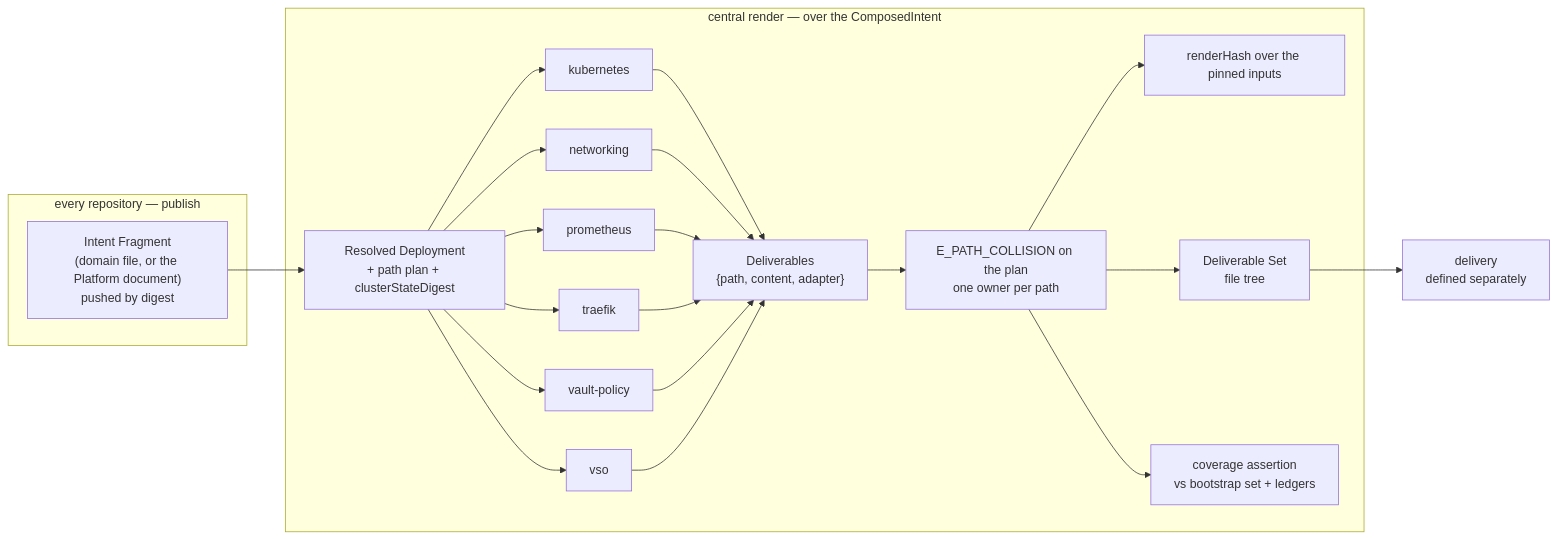
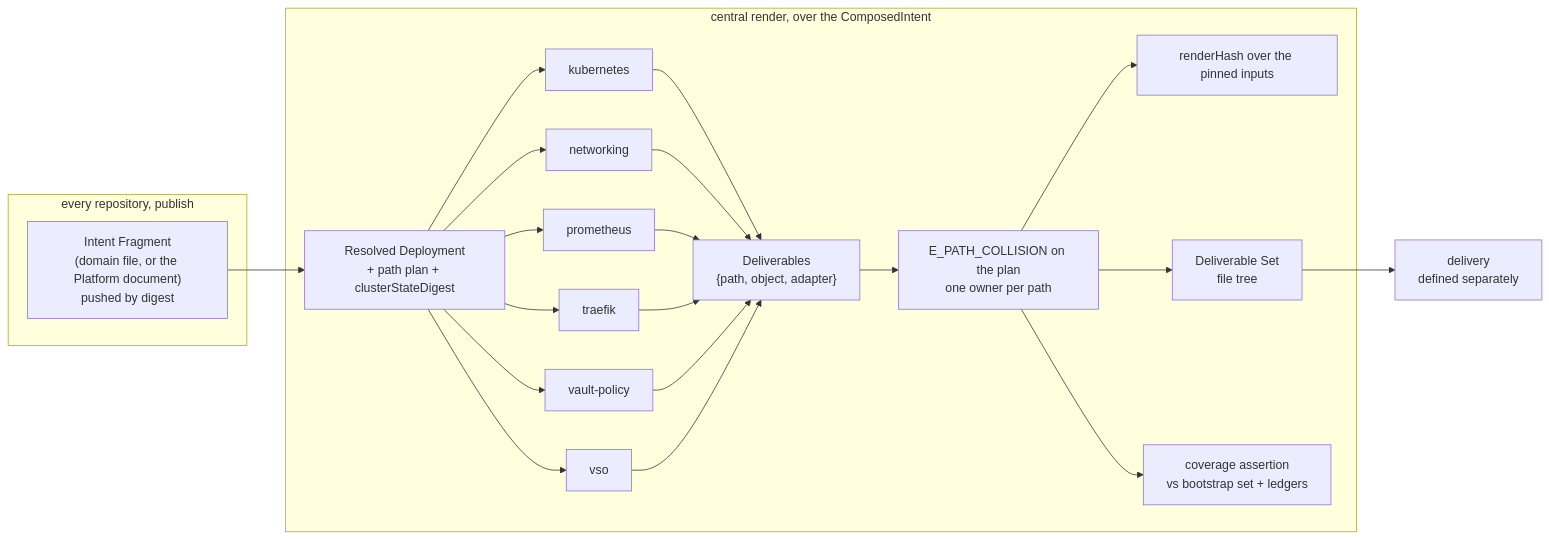
The diagram in spec/v1/30-deliverables.md (JorisJonkers-dev/deploy-kit), drawn with Mermaid before and after one commit. The commit also changed other lines of this file and 155 other files, not shown here.

````diff
--- a/spec/v1/30-deliverables.md
+++ b/spec/v1/30-deliverables.md
@@ -405,22 +415,22 @@
 ```mermaid
 flowchart LR
-    subgraph pub["every repository — publish"]
+    subgraph pub["every repository, publish"]
       IF["Intent Fragment<br/>(domain file, or the Platform document)<br/>pushed by digest"]
     end
-    subgraph agg["central render — over the ComposedIntent"]
+    subgraph agg["central render, over the ComposedIntent"]
       RD["Resolved Deployment<br/>+ path plan + clusterStateDigest"]
       RD --> A1["kubernetes"]
       RD --> A2["networking"]
       RD --> A3["prometheus"]
       RD --> A4["traefik"]
       RD --> A5["vault-policy"]
       RD --> A6["vso"]
-      A1 & A2 & A3 & A4 & A5 & A6 --> DL["Deliverables<br/>{path, content, adapter}"]
+      A1 & A2 & A3 & A4 & A5 & A6 --> DL["Deliverables<br/>{path, object, adapter}"]
       DL --> COL["E_PATH_COLLISION on the plan<br/>one owner per path"]
       COL --> H["renderHash over the pinned inputs"]
       COL --> T["Deliverable Set<br/>file tree"]
       COL --> L["coverage assertion<br/>vs bootstrap set + ledgers"]
     end
     IF --> RD
     T --> X["delivery<br/>defined separately"]
 ```
````
